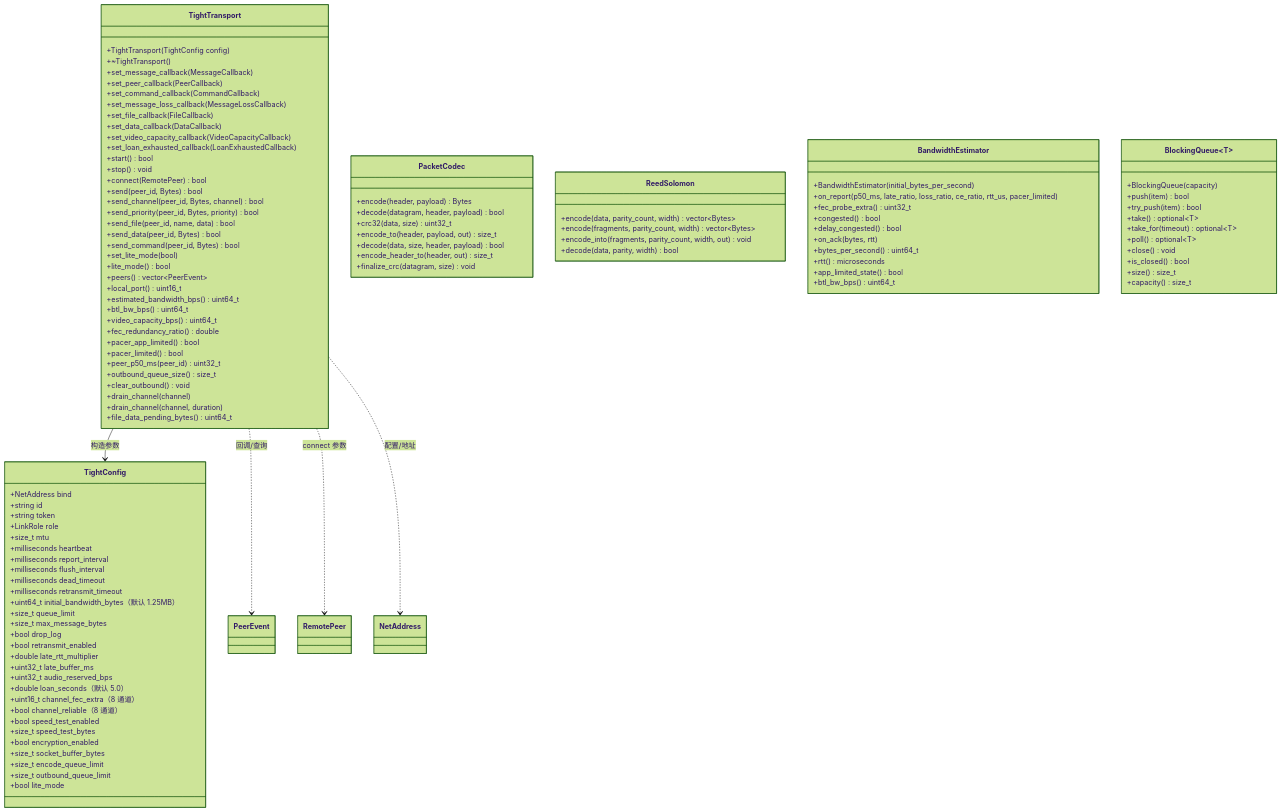
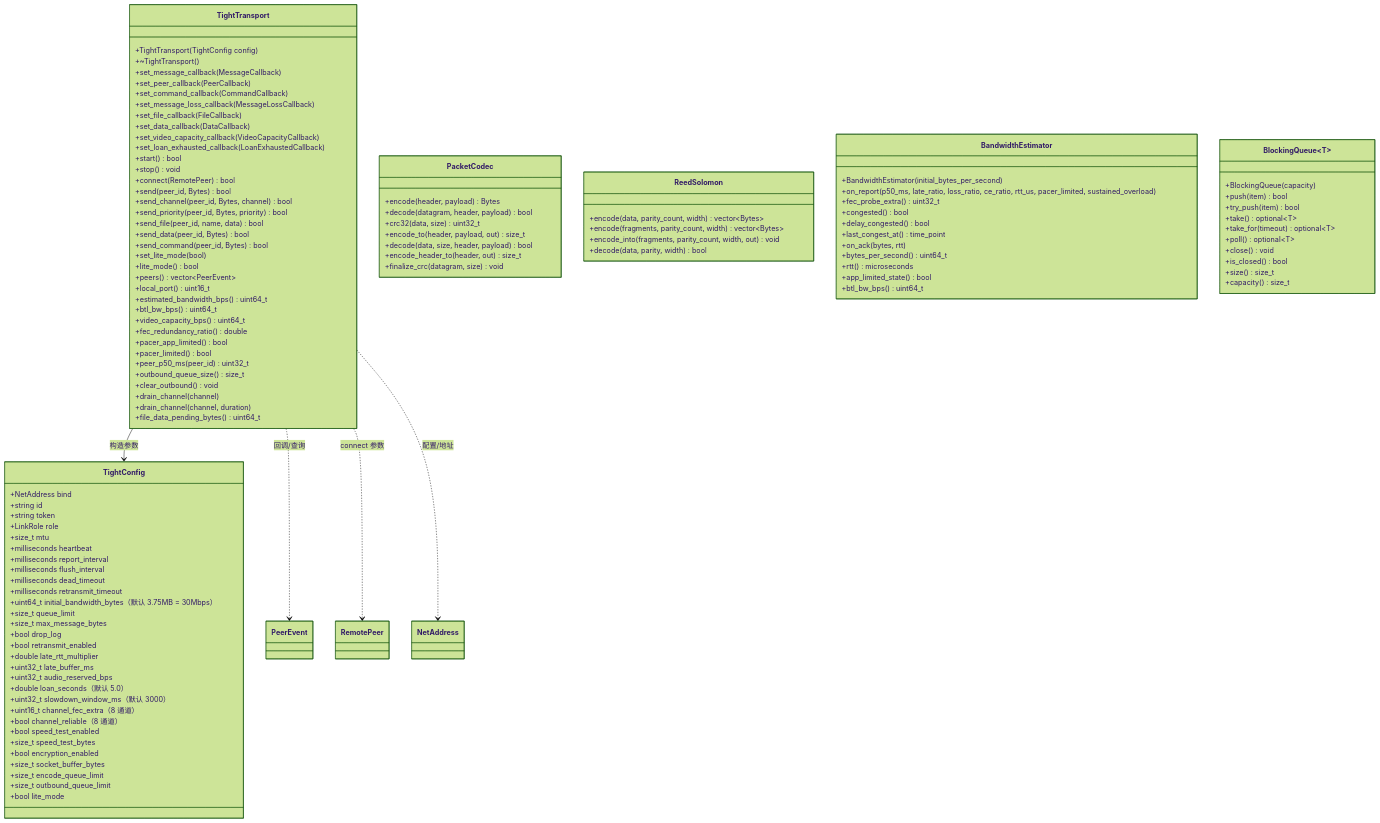
One commit to arrayforward/tight changed the first of 2 diagrams in docs/api_reference.md. Above: the diagram before and after it, drawn with Mermaid (forest theme). The commit also changed other lines of this file and 16 other files, not shown here.

```diff
--- a/docs/api_reference.md
+++ b/docs/api_reference.md
@@ -74,7 +74,7 @@
         +milliseconds flush_interval
         +milliseconds dead_timeout
         +milliseconds retransmit_timeout
-        +uint64_t initial_bandwidth_bytes（默认 1.25MB）
+        +uint64_t initial_bandwidth_bytes（默认 3.75MB = 30Mbps）
         +size_t queue_limit
         +size_t max_message_bytes
         +bool drop_log
@@ -83,6 +83,7 @@
         +uint32_t late_buffer_ms
         +uint32_t audio_reserved_bps
         +double loan_seconds（默认 5.0）
+        +uint32_t slowdown_window_ms（默认 3000）
         +uint16_t channel_fec_extra（8 通道）
         +bool channel_reliable（8 通道）
         +bool speed_test_enabled
@@ -110,10 +111,11 @@
     }
     class BandwidthEstimator {
         +BandwidthEstimator(initial_bytes_per_second)
-        +on_report(p50_ms, late_ratio, loss_ratio, ce_ratio, rtt_us, pacer_limited)
+        +on_report(p50_ms, late_ratio, loss_ratio, ce_ratio, rtt_us, pacer_limited, sustained_overload)
         +fec_probe_extra() uint32_t
         +congested() bool
         +delay_congested() bool
+        +last_congest_at() time_point
         +on_ack(bytes, rtt)
         +bytes_per_second() uint64_t
         +rtt() microseconds
```
